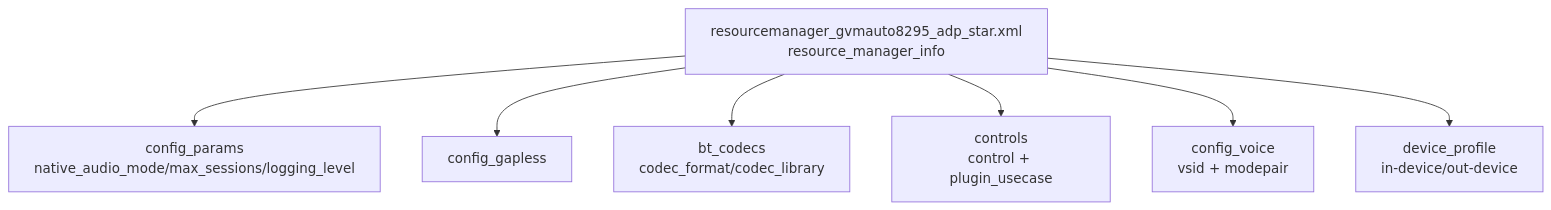
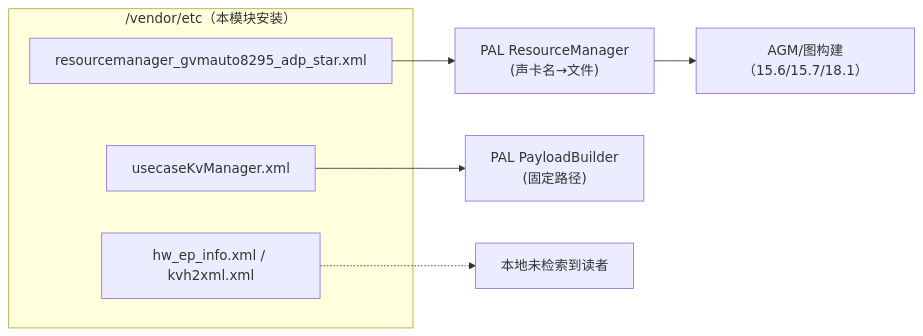
One commit to yanglinzhen1022/SA8295_AAOS_QNX_Audio_KnowledgeBase changed the diagram in 16_Vendor_QNX_Architecture/16_16.9_auto-casa-xml配置.md. Above: the diagram before and after it, drawn with Mermaid. The commit also changed other lines of this file and 4 other files, not shown here.

First line of the commit message:
docs: ground chime casa-xml and AR primary HAL pages in mm-audio-auto sources

````diff
--- a/16_Vendor_QNX_Architecture/16_16.9_auto-casa-xml配置.md
+++ b/16_Vendor_QNX_Architecture/16_16.9_auto-casa-xml配置.md
@@ -25,17 +123,15 @@
 ```mermaid
-graph TB
-    RM["resourcemanager_gvmauto8295_adp_star.xml<br/>resource_manager_info"]
-    CP["config_params<br/>native_audio_mode/max_sessions/logging_level"]
-    GAP["config_gapless"]
-    BT["bt_codecs<br/>codec_format/codec_library"]
-    CTL["controls<br/>control + plugin_usecase"]
-    CV["config_voice<br/>vsid + modepair"]
-    DP["device_profile<br/>in-device/out-device"]
-
-    RM --> CP
-    RM --> GAP
-    RM --> BT
-    RM --> CTL
-    RM --> CV
-    RM --> DP
+flowchart LR
+  subgraph VendorETC["/vendor/etc（本模块安装）"]
+    RM["resourcemanager_gvmauto8295_adp_star.xml"]
+    KV["usecaseKvManager.xml"]
+    HE["hw_ep_info.xml / kvh2xml.xml"]
+  end
+  PAL["PAL ResourceManager<br/>(声卡名→文件)"]
+  PB["PAL PayloadBuilder<br/>(固定路径)"]
+  UNK["本地未检索到读者"]
+  RM --> PAL
+  KV --> PB
+  HE -.-> UNK
+  PAL --> AGM["AGM/图构建（15.6/15.7/18.1）"]
 ```
````
